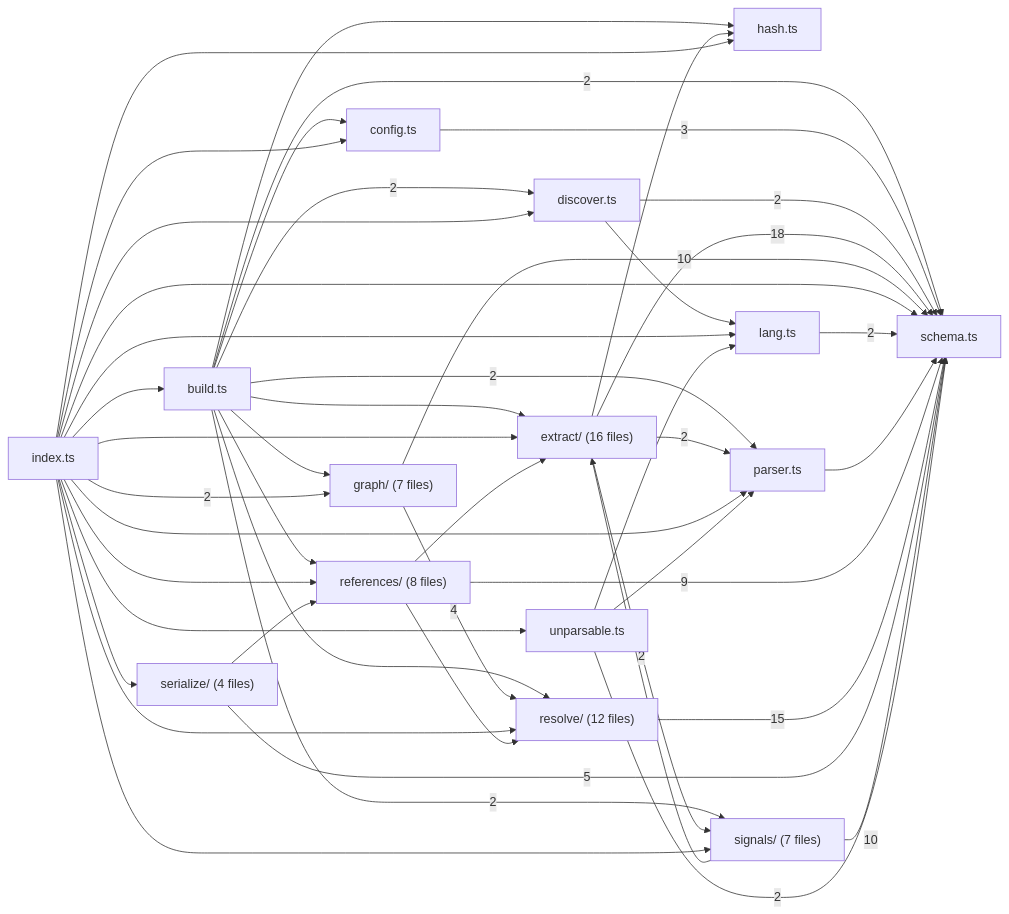
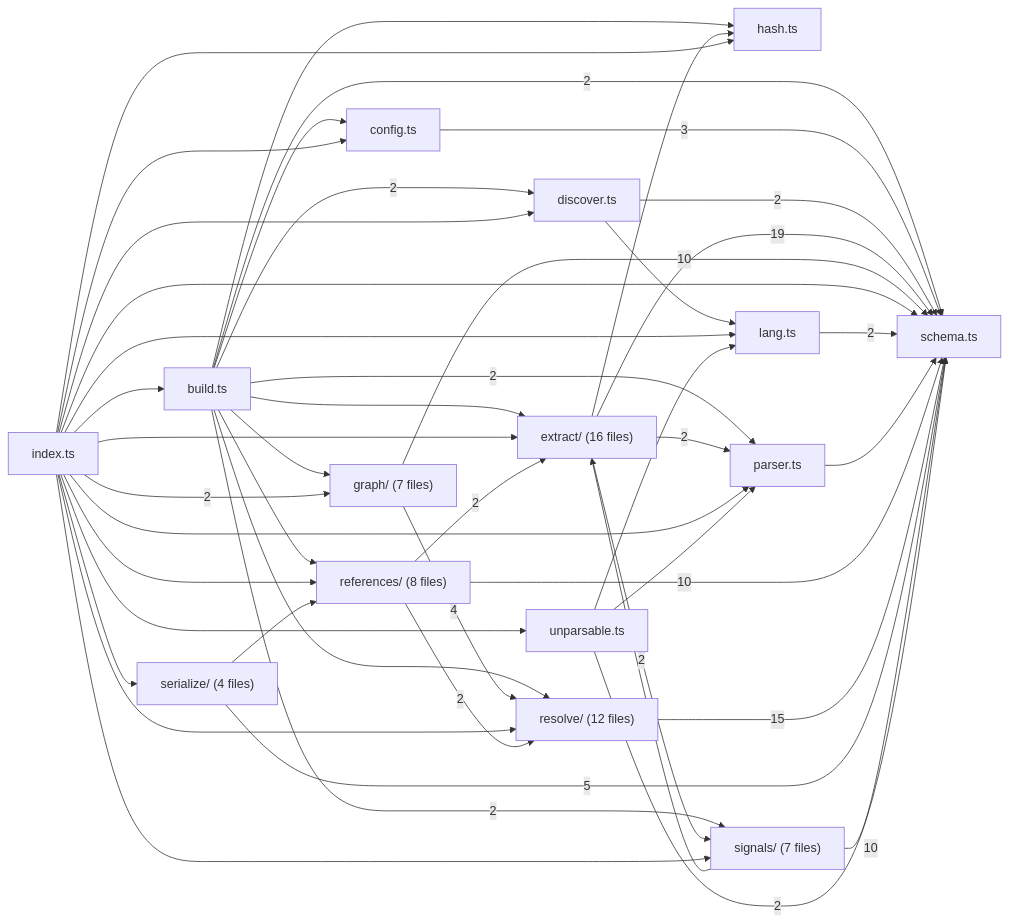
Before and after one commit to sns45/greplost: the second of 8 diagrams in .greplost/packages/greplost__core/MAP.md, drawn with Mermaid. The commit also changed other lines of this file and 21 other files, not shown here.

Commit message:
structural: S5 keyed by endpoints when the oracle carries no reference kinds; S6 counts every schema node id; local is a node kind

````diff
--- a/.greplost/packages/greplost__core/MAP.md
+++ b/.greplost/packages/greplost__core/MAP.md
@@ -161,64 +161,64 @@
 ```mermaid
 graph LR
   packages_core_src_build_ts["build.ts"]
   packages_core_src_config_ts["config.ts"]
   packages_core_src_discover_ts["discover.ts"]
   packages_core_src_extract["extract/ #40;16 files#41;"]
   packages_core_src_graph["graph/ #40;7 files#41;"]
   packages_core_src_hash_ts["hash.ts"]
   packages_core_src_index_ts["index.ts"]
   packages_core_src_lang_ts["lang.ts"]
   packages_core_src_parser_ts["parser.ts"]
   packages_core_src_references["references/ #40;8 files#41;"]
   packages_core_src_resolve["resolve/ #40;12 files#41;"]
   packages_core_src_schema_ts["schema.ts"]
   packages_core_src_serialize["serialize/ #40;4 files#41;"]
   packages_core_src_signals["signals/ #40;7 files#41;"]
   packages_core_src_unparsable_ts["unparsable.ts"]
   packages_core_src_build_ts --> packages_core_src_config_ts
   packages_core_src_build_ts -->|2| packages_core_src_discover_ts
   packages_core_src_build_ts --> packages_core_src_extract
   packages_core_src_build_ts --> packages_core_src_graph
   packages_core_src_build_ts --> packages_core_src_hash_ts
   packages_core_src_build_ts -->|2| packages_core_src_parser_ts
   packages_core_src_build_ts --> packages_core_src_references
   packages_core_src_build_ts --> packages_core_src_resolve
   packages_core_src_build_ts -->|2| packages_core_src_schema_ts
   packages_core_src_build_ts -->|2| packages_core_src_signals
   packages_core_src_config_ts -->|3| packages_core_src_schema_ts
   packages_core_src_discover_ts --> packages_core_src_lang_ts
   packages_core_src_discover_ts -->|2| packages_core_src_schema_ts
   packages_core_src_extract --> packages_core_src_hash_ts
   packages_core_src_extract -->|2| packages_core_src_parser_ts
-  packages_core_src_extract -->|18| packages_core_src_schema_ts
+  packages_core_src_extract -->|19| packages_core_src_schema_ts
   packages_core_src_extract -->|2| packages_core_src_signals
   packages_core_src_graph -->|4| packages_core_src_resolve
   packages_core_src_graph -->|10| packages_core_src_schema_ts
   packages_core_src_index_ts --> packages_core_src_build_ts
   packages_core_src_index_ts --> packages_core_src_config_ts
   packages_core_src_index_ts --> packages_core_src_discover_ts
   packages_core_src_index_ts --> packages_core_src_extract
   packages_core_src_index_ts -->|2| packages_core_src_graph
   packages_core_src_index_ts --> packages_core_src_hash_ts
   packages_core_src_index_ts --> packages_core_src_lang_ts
   packages_core_src_index_ts --> packages_core_src_parser_ts
   packages_core_src_index_ts --> packages_core_src_references
   packages_core_src_index_ts --> packages_core_src_resolve
   packages_core_src_index_ts --> packages_core_src_schema_ts
   packages_core_src_index_ts --> packages_core_src_serialize
   packages_core_src_index_ts --> packages_core_src_signals
   packages_core_src_index_ts --> packages_core_src_unparsable_ts
   packages_core_src_lang_ts -->|2| packages_core_src_schema_ts
   packages_core_src_parser_ts --> packages_core_src_schema_ts
-  packages_core_src_references --> packages_core_src_extract
-  packages_core_src_references --> packages_core_src_resolve
-  packages_core_src_references -->|9| packages_core_src_schema_ts
+  packages_core_src_references -->|2| packages_core_src_extract
+  packages_core_src_references -->|2| packages_core_src_resolve
+  packages_core_src_references -->|10| packages_core_src_schema_ts
   packages_core_src_resolve -->|15| packages_core_src_schema_ts
   packages_core_src_serialize --> packages_core_src_references
   packages_core_src_serialize -->|5| packages_core_src_schema_ts
   packages_core_src_signals --> packages_core_src_extract
   packages_core_src_signals -->|10| packages_core_src_schema_ts
   packages_core_src_unparsable_ts --> packages_core_src_lang_ts
   packages_core_src_unparsable_ts --> packages_core_src_parser_ts
   packages_core_src_unparsable_ts -->|2| packages_core_src_schema_ts
 ```
````
